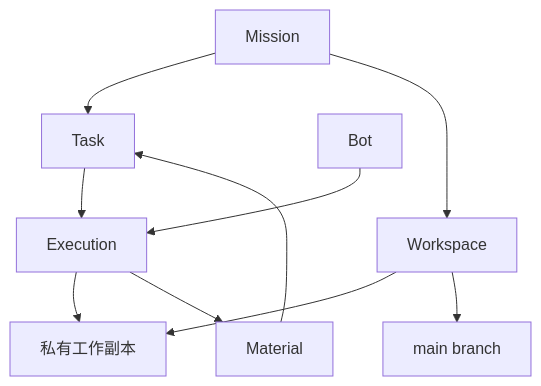
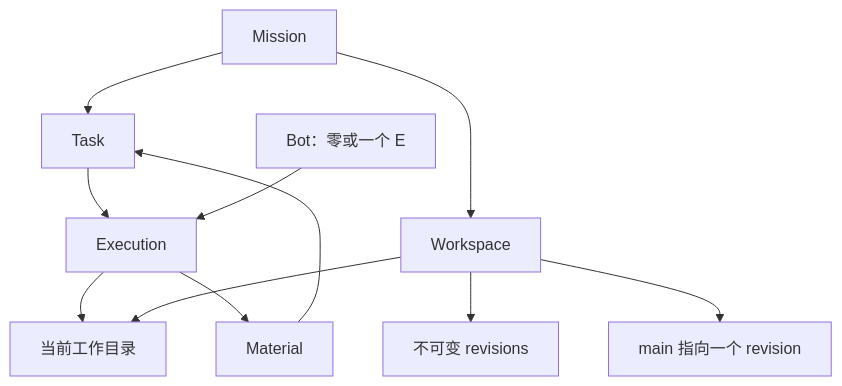
One commit to LuNa-shi/murm changed the first of 2 diagrams in docs/phases/0002-task-material-workspace/01-model-and-runtime.md. Above: the diagram before and after it, drawn with Mermaid. The commit also changed other lines of this file and 10 other files, not shown here.

First line of the commit message:
docs: close design flows and use workspace files for candidates

````diff
--- a/docs/phases/0002-task-material-workspace/01-model-and-runtime.md
+++ b/docs/phases/0002-task-material-workspace/01-model-and-runtime.md
@@ -39,13 +41,13 @@
 ```mermaid
 flowchart TD
-    M[Mission] --> T[Task]
-    M --> W[Workspace]
-    T --> E[Execution]
-    B[Bot] --> E
-    E --> P[私有工作副本]
+    M["Mission"] --> T["Task"]
+    M --> W["Workspace"]
+    T --> E["Execution"]
+    B["Bot：零或一个 E"] --> E
+    E --> P["当前工作目录"]
     W --> P
-    W --> H[main branch]
-    E --> A[Material]
+    W --> R["不可变 revisions"]
+    W --> H["main 指向一个 revision"]
+    E --> A["Material"]
     A --> T
-
 ```
````
